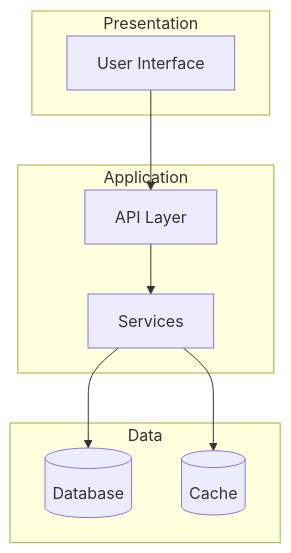
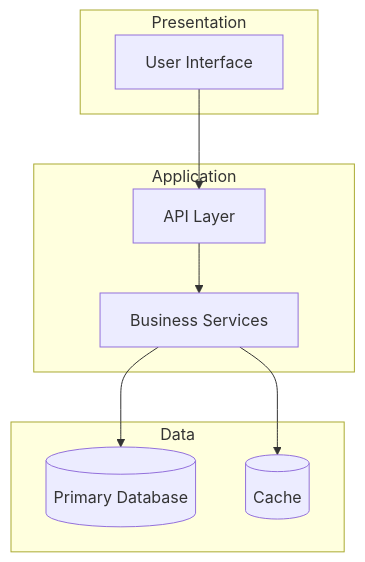
One commit to Jobaben/BmadWorkflow changed the second of 4 diagrams in bmad/templates/architecture.template.md. Above: the diagram before and after it, drawn with Mermaid. The commit also changed other lines of this file and 9 other files, not shown here.

````diff
--- a/bmad/templates/architecture.template.md
+++ b/bmad/templates/architecture.template.md
@@ -43,18 +68,21 @@
 ```mermaid
 graph TB
     subgraph Presentation
         UI[User Interface]
     end
+
     subgraph Application
         API[API Layer]
-        SVC[Services]
+        SVC[Business Services]
     end
+
     subgraph Data
-        DB[(Database)]
+        DB[(Primary Database)]
         CACHE[(Cache)]
     end
+
     UI --> API
     API --> SVC
     SVC --> DB
     SVC --> CACHE
 ```
````
